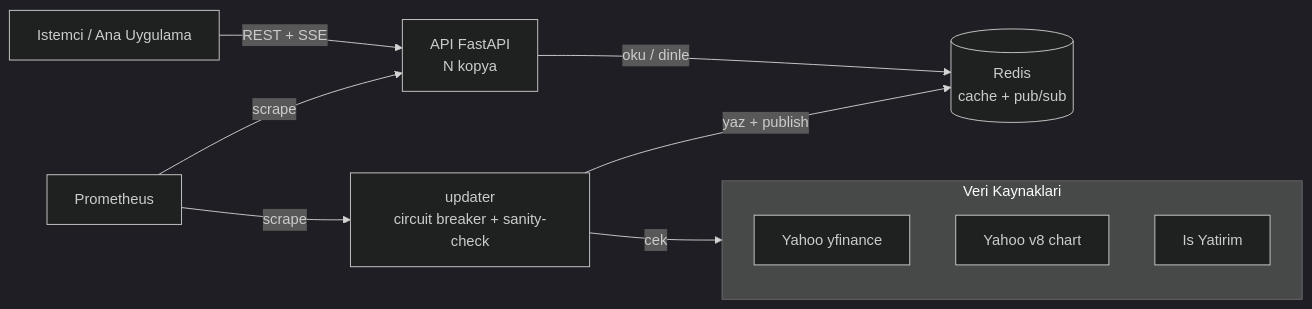
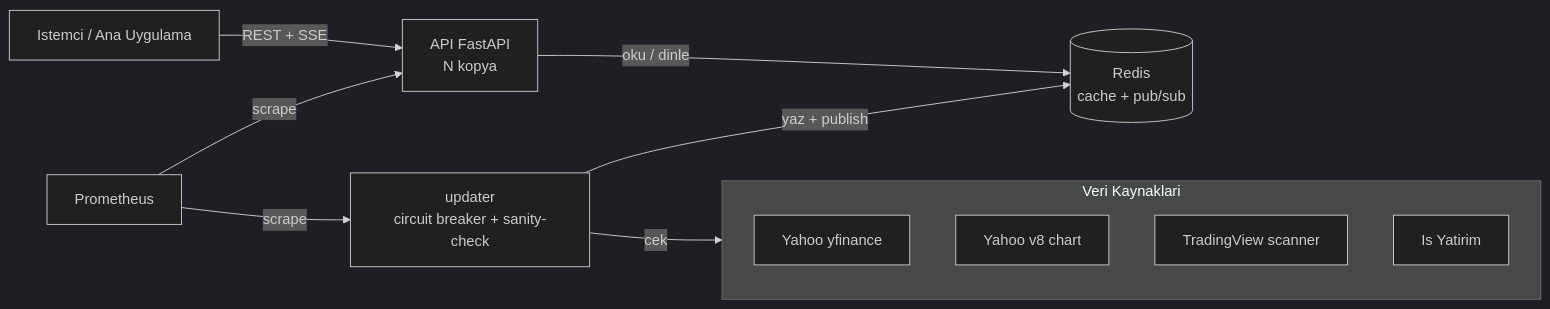
Before and after one commit to Armert-Labs/bist-data-service: the diagram in README.md, drawn with Mermaid (dark theme). The commit also changed other lines of this file and 18 other files, not shown here.

````diff
--- a/README.md
+++ b/README.md
@@ -30,14 +30,15 @@
 ```mermaid
 flowchart LR
     subgraph sources[Veri Kaynaklari]
         Y[Yahoo yfinance]
         YC[Yahoo v8 chart]
+        TV[TradingView scanner]
         IY[Is Yatirim]
     end
     U[updater\ncircuit breaker + sanity-check] -->|cek| sources
     U -->|yaz + publish| R[(Redis\ncache + pub/sub)]
     A[API FastAPI\nN kopya] -->|oku / dinle| R
     C[Istemci / Ana Uygulama] -->|REST + SSE| A
     P[Prometheus] -->|scrape| A
     P -->|scrape| U
 ```
````
